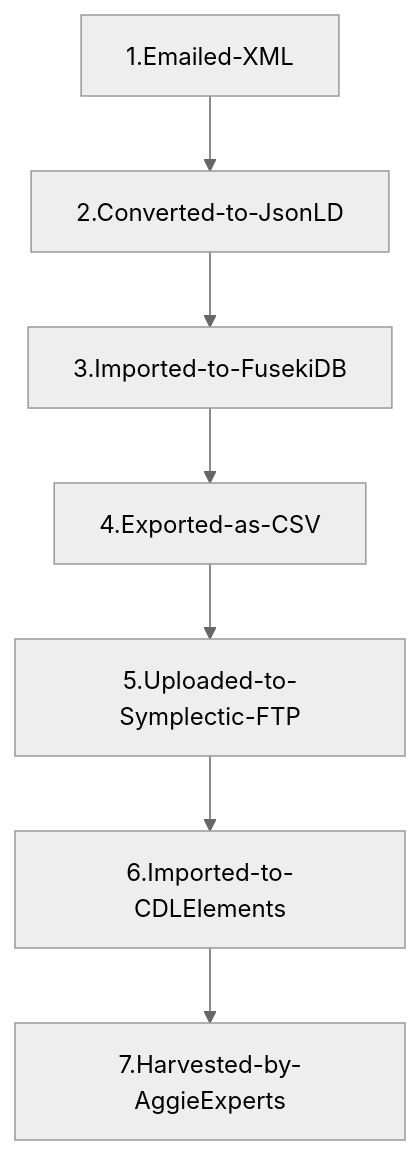
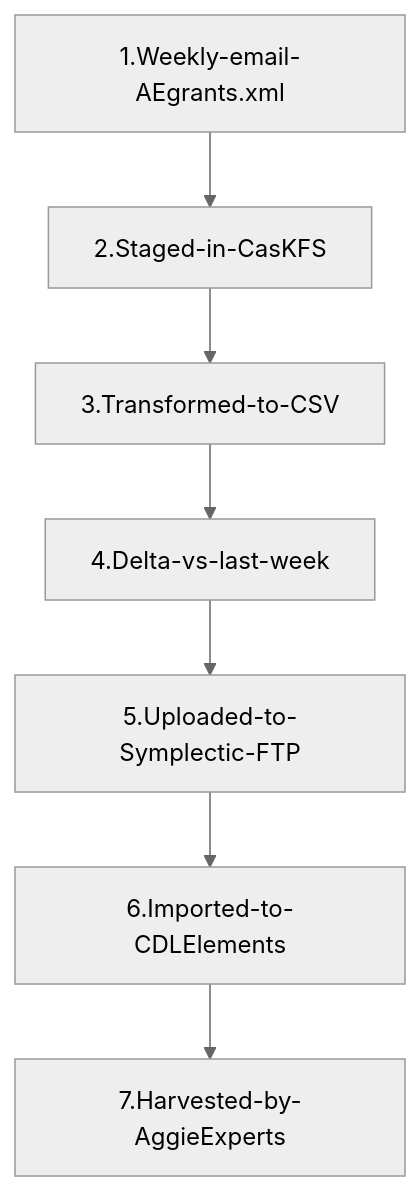
Before and after one commit to ucd-library/aggie-experts: the diagram in doc/grant-feed.md, drawn with Mermaid (neutral theme). The commit also changed other lines of this file and 16 other files, not shown here.

````diff
--- a/doc/grant-feed.md
+++ b/doc/grant-feed.md
@@ -9,9 +18,9 @@
 ```mermaid
 graph TD;
-    1.Emailed-XML-->2.Converted-to-JsonLD;
-    2.Converted-to-JsonLD-->3.Imported-to-FusekiDB;
-    3.Imported-to-FusekiDB-->4.Exported-as-CSV; 
-    4.Exported-as-CSV-->5.Uploaded-to-Symplectic-FTP;
+    1.Weekly-email-AEgrants.xml-->2.Staged-in-CasKFS;
+    2.Staged-in-CasKFS-->3.Transformed-to-CSV;
+    3.Transformed-to-CSV-->4.Delta-vs-last-week;
+    4.Delta-vs-last-week-->5.Uploaded-to-Symplectic-FTP;
     5.Uploaded-to-Symplectic-FTP-->6.Imported-to-CDLElements;
     6.Imported-to-CDLElements-->7.Harvested-by-AggieExperts
 ```
````
